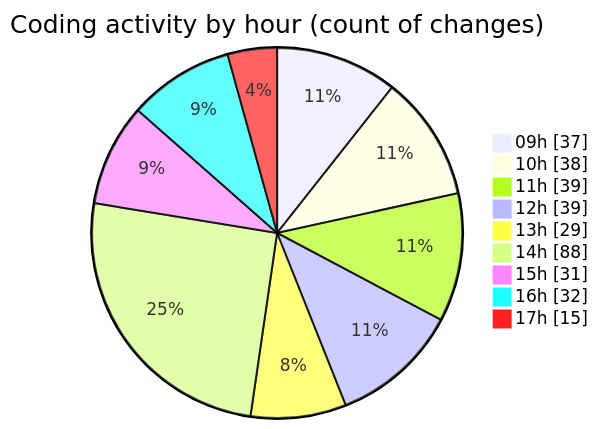
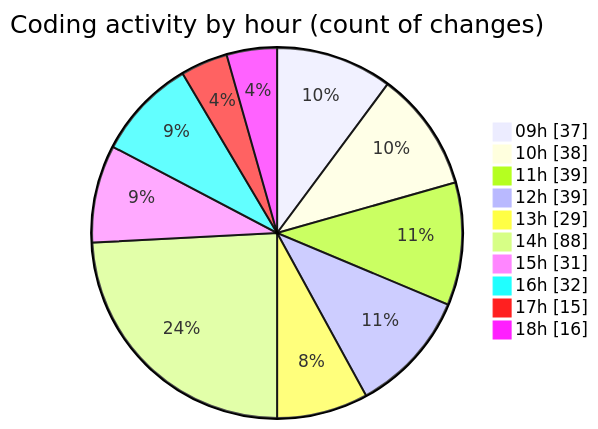
The second of 2 diagrams in 2025-02-12/cda/README.md (momahboobian/code-tracking), drawn with Mermaid before and after one commit. The commit also changed other lines of this file and 1 other file, not shown here.

````diff
--- a/2025-02-12/cda/README.md
+++ b/2025-02-12/cda/README.md
@@ -54,13 +54,14 @@
 ```mermaid
 pie showData
 title Coding activity by hour (count of changes)
 "09h" : 37
 "10h" : 38
 "11h" : 39
 "12h" : 39
 "13h" : 29
 "14h" : 88
 "15h" : 31
 "16h" : 32
 "17h" : 15
+"18h" : 16
 ```
````
